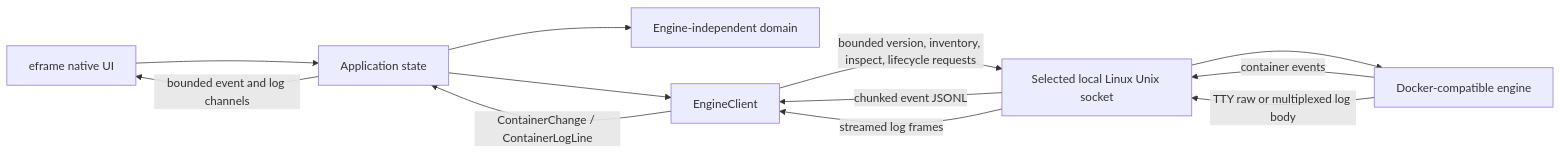
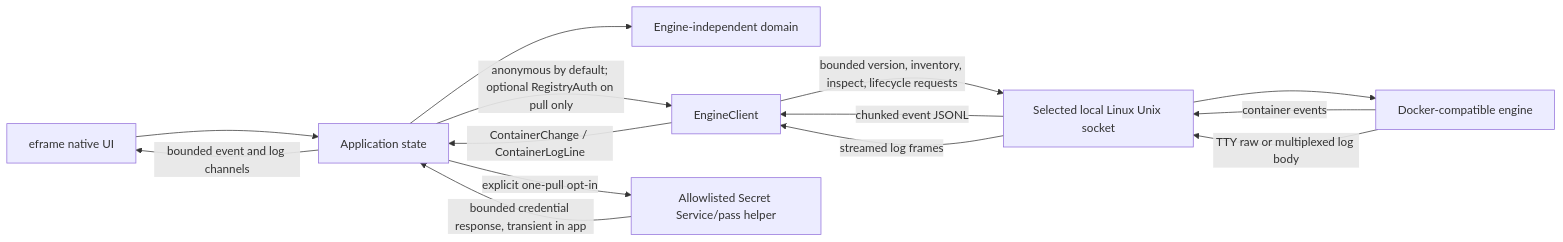
One commit to SzymonR1/ferrum-desktop changed the diagram in docs/src/architecture/overview.md. Above: the diagram before and after it, drawn with Mermaid. The commit also changed 1 other file, not shown here.

Commit message:
docs(security): show credential-helper trust boundary

````diff
--- a/docs/src/architecture/overview.md
+++ b/docs/src/architecture/overview.md
@@ -5,14 +5,16 @@
 ```mermaid
 flowchart LR
     UI[eframe native UI] --> APP[Application state]
     APP --> CORE[Engine-independent domain]
-    APP --> CLIENT[EngineClient]
+    APP -->|anonymous by default; optional RegistryAuth on pull only| CLIENT[EngineClient]
+    APP -->|explicit one-pull opt-in| HELPER[Allowlisted Secret Service/pass helper]
+    HELPER -->|bounded credential response, transient in app| APP
     CLIENT -->|bounded version, inventory, inspect, lifecycle requests| SOCKET[Selected local Linux Unix socket]
     SOCKET --> ENGINE[Docker-compatible engine]
     ENGINE -->|container events| SOCKET
     ENGINE -->|TTY raw or multiplexed log body| SOCKET
     SOCKET -->|chunked event JSONL| CLIENT
     SOCKET -->|streamed log frames| CLIENT
     CLIENT -->|ContainerChange / ContainerLogLine| APP
     APP -->|bounded event and log channels| UI
 ```
````
